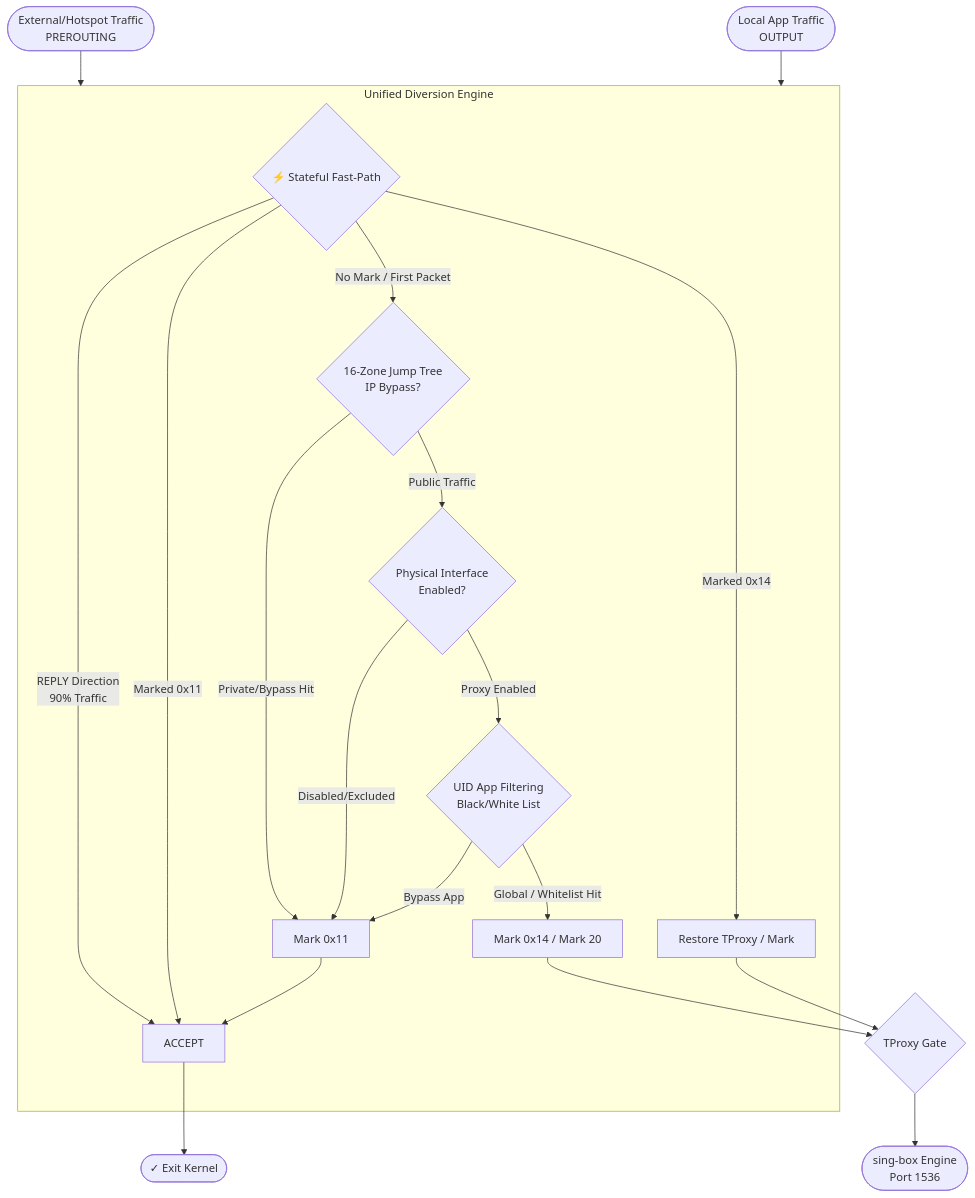
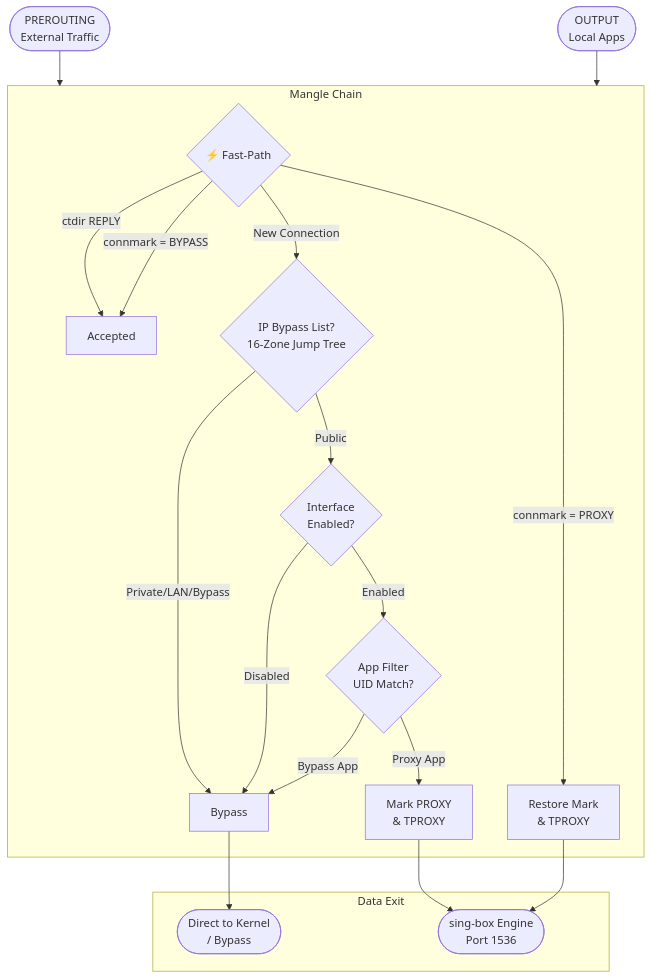
One commit to Chth1z/Flux changed the second of 2 diagrams in README.md. Above: the diagram before and after it, drawn with Mermaid. The commit also changed other lines of this file and 2 other files, not shown here.

````diff
--- a/README.md
+++ b/README.md
@@ -118,37 +110,36 @@
 ```mermaid
 graph TD
-    %% Entry Points
-    In_Pre([External/Hotspot Traffic<br/>PREROUTING]) --> Common
-    In_Out([Local App Traffic<br/>OUTPUT]) --> Common
+    Pre([PREROUTING<br/>External Traffic]) --> Chain
+    Out([OUTPUT<br/>Local Apps]) --> Chain
 
-    subgraph Common [Unified Diversion Engine]
-        %% Layer 1: ⚡ Fast-Path
-        Fast{⚡ Stateful Fast-Path}
+    subgraph Chain ["Mangle Chain"]
+        Fast{⚡ Fast-Path}
         
-        Fast -->|REPLY Direction<br/>90% Traffic| ACCEPT
-        Fast -->|Marked 0x11| ACCEPT
-        Fast -->|Marked 0x14| Recovery[Restore TProxy / Mark]
+        Fast -->|"ctdir REPLY"| Accepted
+        Fast -->|"connmark = BYPASS"| Accepted
+        Fast -->|"connmark = PROXY"| Recover[Restore Mark<br/>& TPROXY]
 
-        %% Layer 2: 🐢 Decision Path (New Conn)
-        Fast -- "No Mark / First Packet" --> IP_Jump{16-Zone Jump Tree<br/>IP Bypass?}
+        Fast -- "New Connection" --> IPCheck
         
-        IP_Jump -->|Private/Bypass Hit| Set_Bypass[Mark 0x11]
+        IPCheck{IP Bypass List?<br/>16-Zone Jump Tree}
+        IPCheck -->|Private/LAN/Bypass| SetBypass[Bypass]
+        IPCheck -->|Public| IfCheck
         
-        IP_Jump -- "Public Traffic" --> Iface{Physical Interface<br/>Enabled?}
+        IfCheck{Interface<br/>Enabled?}
+        IfCheck -->|Disabled| SetBypass
+        IfCheck -->|Enabled| AppCheck
         
-        Iface -->|Disabled/Excluded| Set_Bypass
-        
-        Iface -- "Proxy Enabled" --> App{UID App Filtering<br/>Black/White List}
-        
-        App -->|Bypass App| Set_Bypass
-        App -->|Global / Whitelist Hit| Set_Proxy[Mark 0x14 / Mark 20]
+        AppCheck{App Filter<br/>UID Match?}
+        AppCheck -->|Bypass App| SetBypass
+        AppCheck -->|Proxy App| SetProxy[Mark PROXY<br/>& TPROXY]
     end
 
-    %% Exit Points
-    Set_Bypass --> ACCEPT
-    Set_Proxy --> Gate{TProxy Gate}
-    Recovery --> Gate
-
-    Gate --> Sink([sing-box Engine<br/>Port 1536])
-    ACCEPT --> End([✓ Exit Kernel])
+    SetBypass --> Bypass
+    SetProxy --> SingBox
+    Recover --> SingBox
+    
+    subgraph Exit ["Data Exit"]
+        SingBox([sing-box Engine<br/>Port 1536])
+        Bypass([Direct to Kernel<br/>/ Bypass])
+    end
 ```
````
